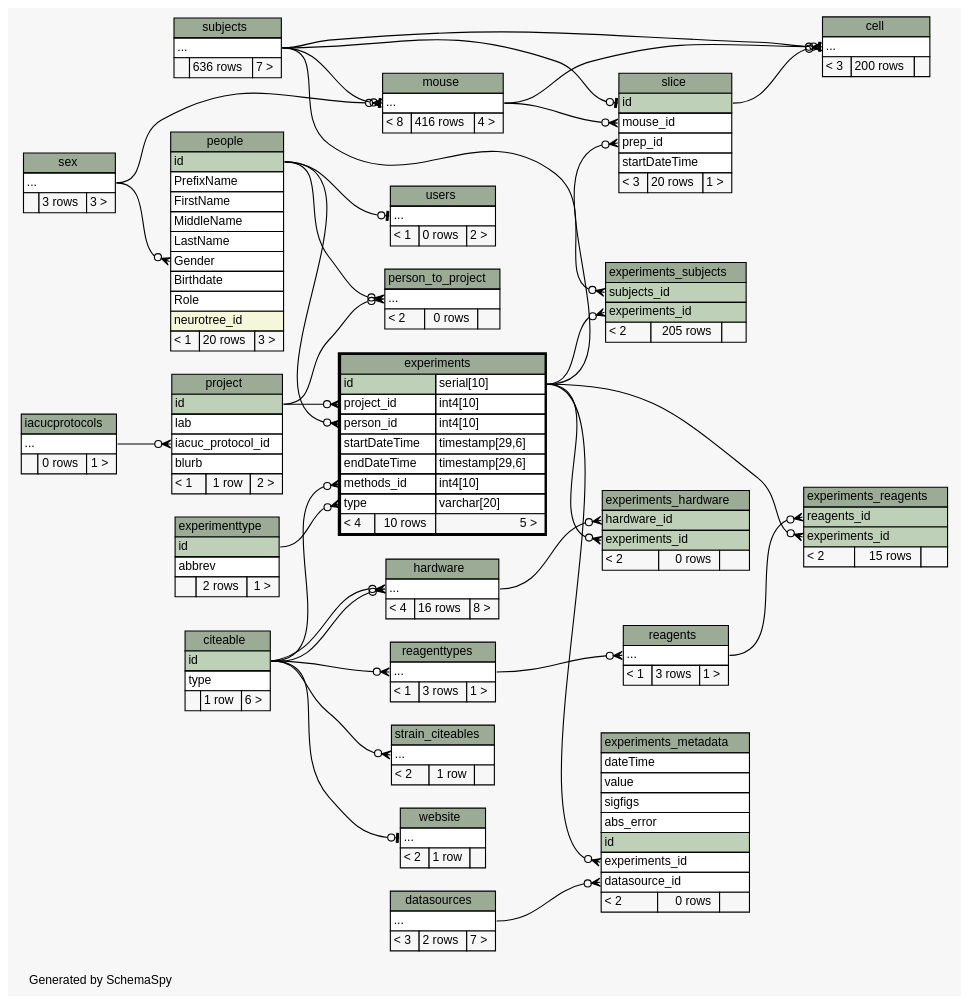
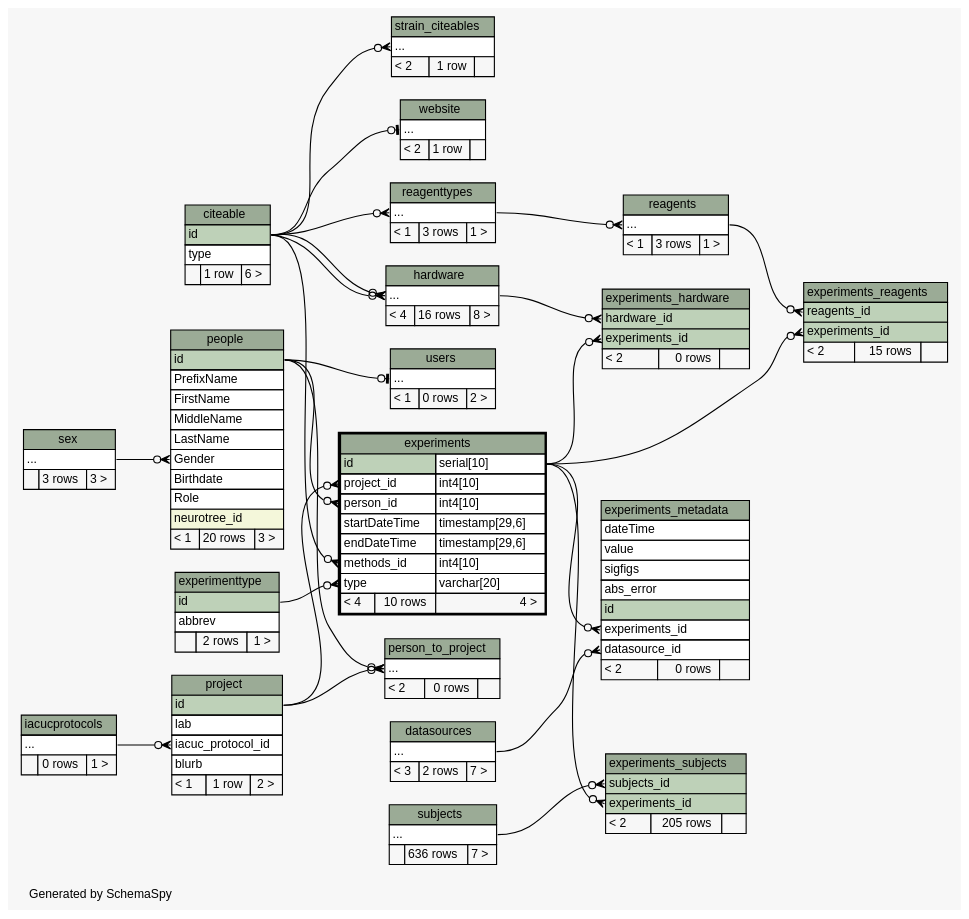
The diagram in database/ss/diagrams/experiments.2degrees.dot (tgbugs/mlab), drawn with Graphviz before and after one commit. The commit also changed 167 other files, not shown here.

```diff
--- a/database/ss/diagrams/experiments.2degrees.dot
+++ b/database/ss/diagrams/experiments.2degrees.dot
@@ -19,9 +19,6 @@
   edge [
     arrowsize="0.8"
   ];
-  "cell":"elipses":w -> "subjects":"elipses":e [arrowhead=none dir=back arrowtail=teeodot];
-  "cell":"elipses":w -> "mouse":"elipses":e [arrowhead=none dir=back arrowtail=crowodot];
-  "cell":"elipses":w -> "slice":"id":e [arrowhead=none dir=back arrowtail=crowodot];
   "experiments":"methods_id":w -> "citeable":"id":e [arrowhead=none dir=back arrowtail=crowodot];
   "experiments":"person_id":w -> "people":"id":e [arrowhead=none dir=back arrowtail=crowodot];
   "experiments":"project_id":w -> "project":"id":e [arrowhead=none dir=back arrowtail=crowodot];
@@ -36,30 +33,15 @@
   "experiments_subjects":"subjects_id":w -> "subjects":"elipses":e [arrowhead=none dir=back arrowtail=crowodot];
   "hardware":"elipses":w -> "citeable":"id":e [arrowhead=none dir=back arrowtail=crowodot];
   "hardware":"elipses":w -> "citeable":"id":e [arrowhead=none dir=back arrowtail=crowodot];
-  "mouse":"elipses":w -> "subjects":"elipses":e [arrowhead=none dir=back arrowtail=teeodot];
-  "mouse":"elipses":w -> "sex":"elipses":e [arrowhead=none dir=back arrowtail=crowodot];
   "people":"Gender":w -> "sex":"elipses":e [arrowhead=none dir=back arrowtail=crowodot];
   "person_to_project":"elipses":w -> "people":"id":e [arrowhead=none dir=back arrowtail=crowodot];
   "person_to_project":"elipses":w -> "project":"id":e [arrowhead=none dir=back arrowtail=crowodot];
   "project":"iacuc_protocol_id":w -> "iacucprotocols":"elipses":e [arrowhead=none dir=back arrowtail=crowodot];
   "reagents":"elipses":w -> "reagenttypes":"elipses":e [arrowhead=none dir=back arrowtail=crowodot];
   "reagenttypes":"elipses":w -> "citeable":"id":e [arrowhead=none dir=back arrowtail=crowodot];
-  "slice":"id":w -> "subjects":"elipses":e [arrowhead=none dir=back arrowtail=teeodot];
-  "slice":"mouse_id":w -> "mouse":"elipses":e [arrowhead=none dir=back arrowtail=crowodot];
-  "slice":"prep_id":w -> "experiments":"id.type":e [arrowhead=none dir=back arrowtail=crowodot];
   "strain_citeables":"elipses":w -> "citeable":"id":e [arrowhead=none dir=back arrowtail=crowodot];
   "users":"elipses":w -> "people":"id":e [arrowhead=none dir=back arrowtail=teeodot];
   "website":"elipses":w -> "citeable":"id":e [arrowhead=none dir=back arrowtail=teeodot];
-  "cell" [
-    label=<
-    <TABLE BORDER="0" CELLBORDER="1" CELLSPACING="0" BGCOLOR="#ffffff">
-      <TR><TD COLSPAN="3" BGCOLOR="#9bab96" ALIGN="CENTER">cell</TD></TR>
-      <TR><TD PORT="elipses" COLSPAN="3" ALIGN="LEFT">...</TD></TR>
-      <TR><TD ALIGN="LEFT" BGCOLOR="#f7f7f7">&lt; 3</TD><TD ALIGN="RIGHT" BGCOLOR="#f7f7f7">200 rows</TD><TD ALIGN="RIGHT" BGCOLOR="#f7f7f7">  </TD></TR>
-    </TABLE>>
-    URL="cell.html"
-    tooltip="cell"
-  ];
   "citeable" [
     label=<
     <TABLE BORDER="0" CELLBORDER="1" CELLSPACING="0" BGCOLOR="#ffffff">
@@ -92,7 +74,7 @@
       <TR><TD PORT="endDateTime" COLSPAN="2" ALIGN="LEFT">endDateTime</TD><TD PORT="endDateTime.type" ALIGN="LEFT">timestamp[29,6]</TD></TR>
       <TR><TD PORT="methods_id" COLSPAN="2" ALIGN="LEFT">methods_id</TD><TD PORT="methods_id.type" ALIGN="LEFT">int4[10]</TD></TR>
       <TR><TD PORT="type" COLSPAN="2" ALIGN="LEFT">type</TD><TD PORT="type.type" ALIGN="LEFT">varchar[20]</TD></TR>
-      <TR><TD ALIGN="LEFT" BGCOLOR="#f7f7f7">&lt; 4</TD><TD ALIGN="RIGHT" BGCOLOR="#f7f7f7">10 rows</TD><TD ALIGN="RIGHT" BGCOLOR="#f7f7f7">5 &gt;</TD></TR>
+      <TR><TD ALIGN="LEFT" BGCOLOR="#f7f7f7">&lt; 4</TD><TD ALIGN="RIGHT" BGCOLOR="#f7f7f7">10 rows</TD><TD ALIGN="RIGHT" BGCOLOR="#f7f7f7">4 &gt;</TD></TR>
     </TABLE>>
     URL="experiments.html"
     tooltip="experiments"
@@ -177,16 +159,6 @@
     URL="iacucprotocols.html"
     tooltip="iacucprotocols"
   ];
-  "mouse" [
-    label=<
-    <TABLE BORDER="0" CELLBORDER="1" CELLSPACING="0" BGCOLOR="#ffffff">
-      <TR><TD COLSPAN="3" BGCOLOR="#9bab96" ALIGN="CENTER">mouse</TD></TR>
-      <TR><TD PORT="elipses" COLSPAN="3" ALIGN="LEFT">...</TD></TR>
-      <TR><TD ALIGN="LEFT" BGCOLOR="#f7f7f7">&lt; 8</TD><TD ALIGN="RIGHT" BGCOLOR="#f7f7f7">416 rows</TD><TD ALIGN="RIGHT" BGCOLOR="#f7f7f7">4 &gt;</TD></TR>
-    </TABLE>>
-    URL="mouse.html"
-    tooltip="mouse"
-  ];
   "people" [
     label=<
     <TABLE BORDER="0" CELLBORDER="1" CELLSPACING="0" BGCOLOR="#ffffff">
@@ -258,19 +230,6 @@
     URL="sex.html"
     tooltip="sex"
   ];
-  "slice" [
-    label=<
-    <TABLE BORDER="0" CELLBORDER="1" CELLSPACING="0" BGCOLOR="#ffffff">
-      <TR><TD COLSPAN="3" BGCOLOR="#9bab96" ALIGN="CENTER">slice</TD></TR>
-      <TR><TD PORT="id" COLSPAN="3" BGCOLOR="#bed1b8" ALIGN="LEFT">id</TD></TR>
-      <TR><TD PORT="mouse_id" COLSPAN="3" ALIGN="LEFT">mouse_id</TD></TR>
-      <TR><TD PORT="prep_id" COLSPAN="3" ALIGN="LEFT">prep_id</TD></TR>
-      <TR><TD PORT="startDateTime" COLSPAN="3" ALIGN="LEFT">startDateTime</TD></TR>
-      <TR><TD ALIGN="LEFT" BGCOLOR="#f7f7f7">&lt; 3</TD><TD ALIGN="RIGHT" BGCOLOR="#f7f7f7">20 rows</TD><TD ALIGN="RIGHT" BGCOLOR="#f7f7f7">1 &gt;</TD></TR>
-    </TABLE>>
-    URL="slice.html"
-    tooltip="slice"
-  ];
   "strain_citeables" [
     label=<
     <TABLE BORDER="0" CELLBORDER="1" CELLSPACING="0" BGCOLOR="#ffffff">
```
